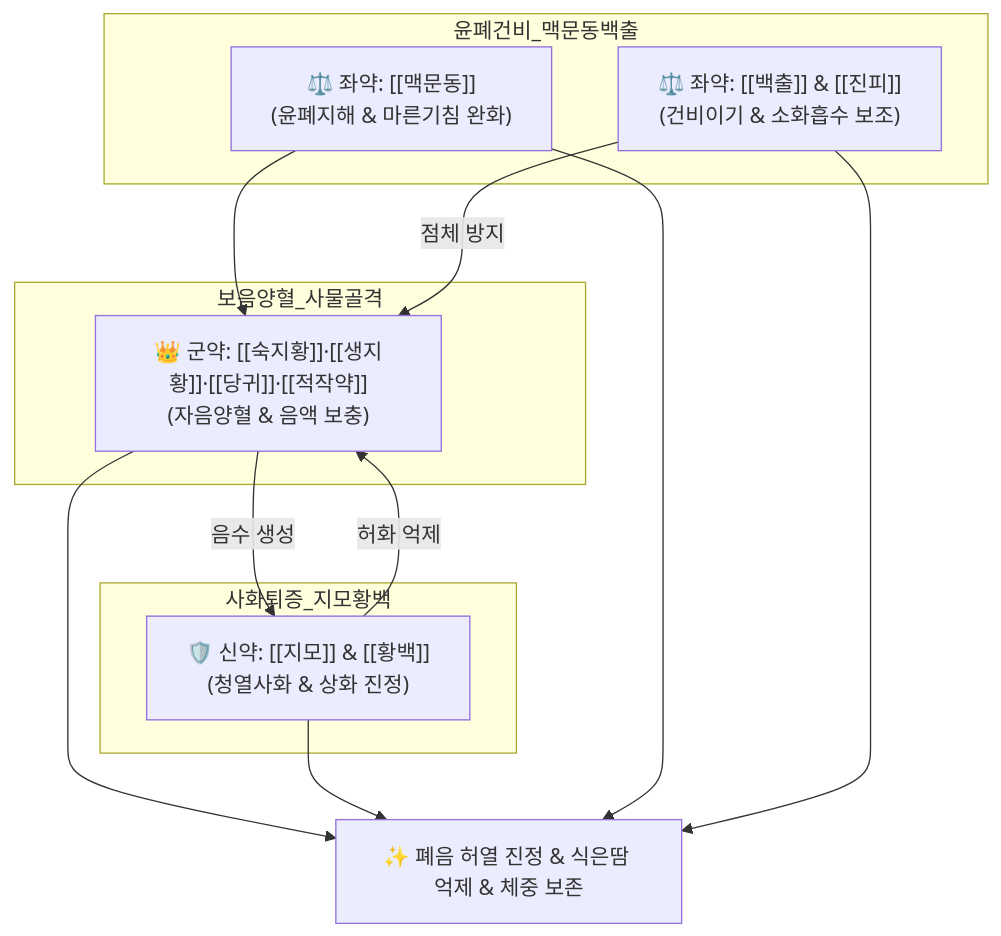
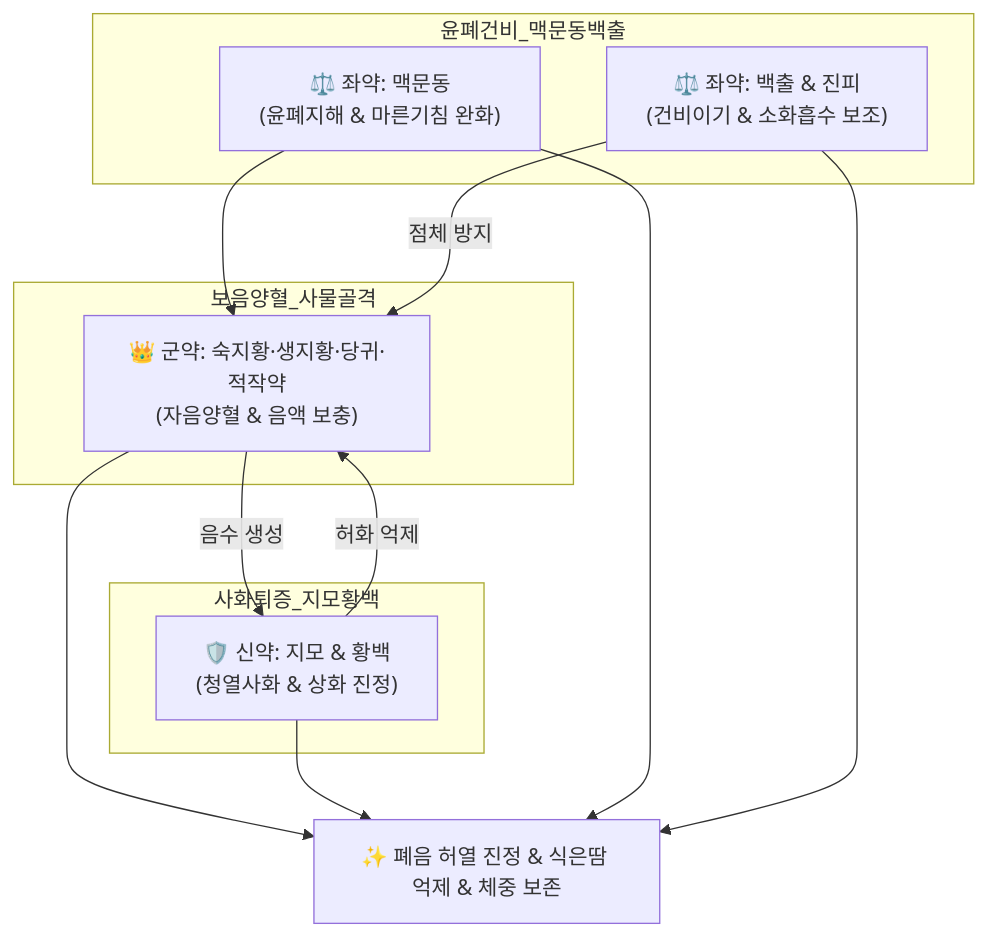
Before and after one commit to simbio11/simbio-digital-garden2: the diagram in content/2. 약리 공부/처방/02_보익제/자음강화탕.md, drawn with Mermaid. The commit also changed other lines of this file and 323 other files, not shown here.

````diff
--- a/content/2. 약리 공부/처방/02_보익제/자음강화탕.md
+++ b/content/2. 약리 공부/처방/02_보익제/자음강화탕.md
@@ -60,18 +62,18 @@
 ```mermaid
 graph TD
     subgraph 보음양혈_사물골격
-        SMT["👑 군약: [[숙지황]]·[[생지황]]·[[당귀]]·[[적작약]]<br>(자음양혈 & 음액 보충)"]
+        SMT["👑 군약: 숙지황·생지황·당귀·적작약<br>(자음양혈 & 음액 보충)"]
     end
     subgraph 사화퇴증_지모황백
-        JM["🛡️ 신약: [[지모]] & [[황백]]<br>(청열사화 & 상화 진정)"]
+        JM["🛡️ 신약: 지모 & 황백<br>(청열사화 & 상화 진정)"]
     end
     subgraph 윤폐건비_맥문동백출
-        MMD["⚖️ 좌약: [[맥문동]]<br>(윤폐지해 & 마른기침 완화)"]
-        BC["⚖️ 좌약: [[백출]] & [[진피]]<br>(건비이기 & 소화흡수 보조)"]
+        MMD["⚖️ 좌약: 맥문동<br>(윤폐지해 & 마른기침 완화)"]
+        BC["⚖️ 좌약: 백출 & 진피<br>(건비이기 & 소화흡수 보조)"]
     end
     SMT -->|음수 생성| JM
     JM -->|허화 억제| SMT
     MMD --> SMT
     BC -->|점체 방지| SMT
     SMT & JM & MMD & BC --> Target["✨ 폐음 허열 진정 & 식은땀 억제 & 체중 보존"]
 ```
````
